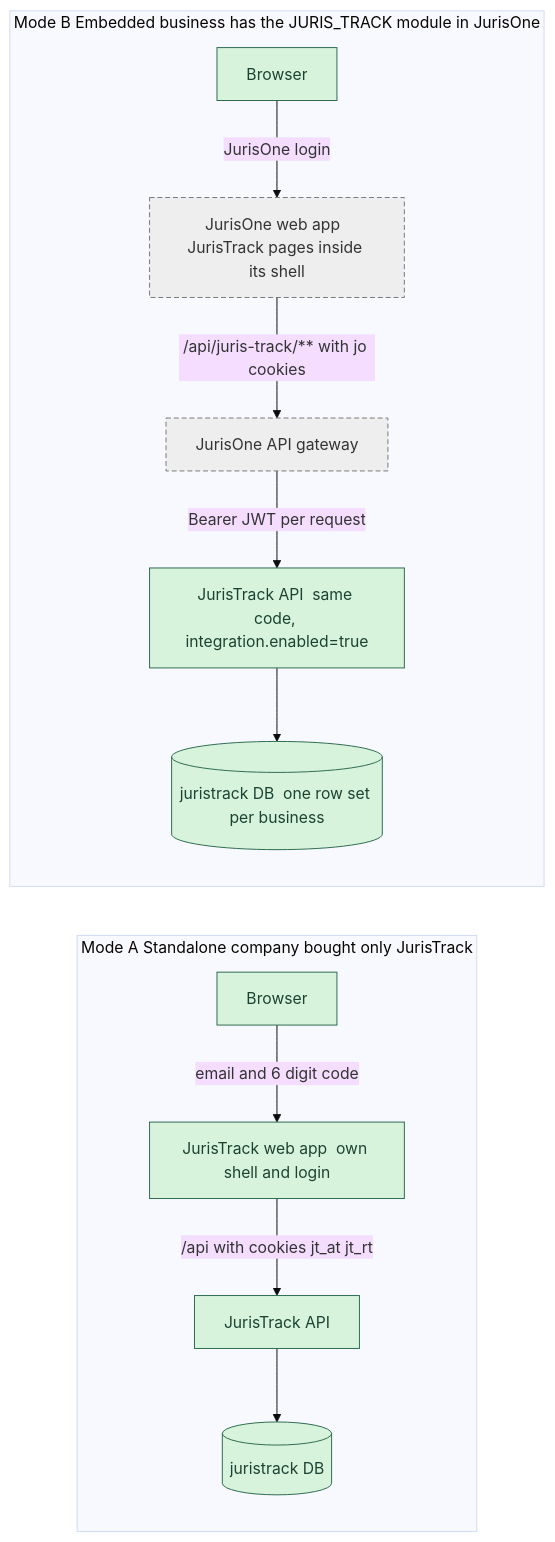
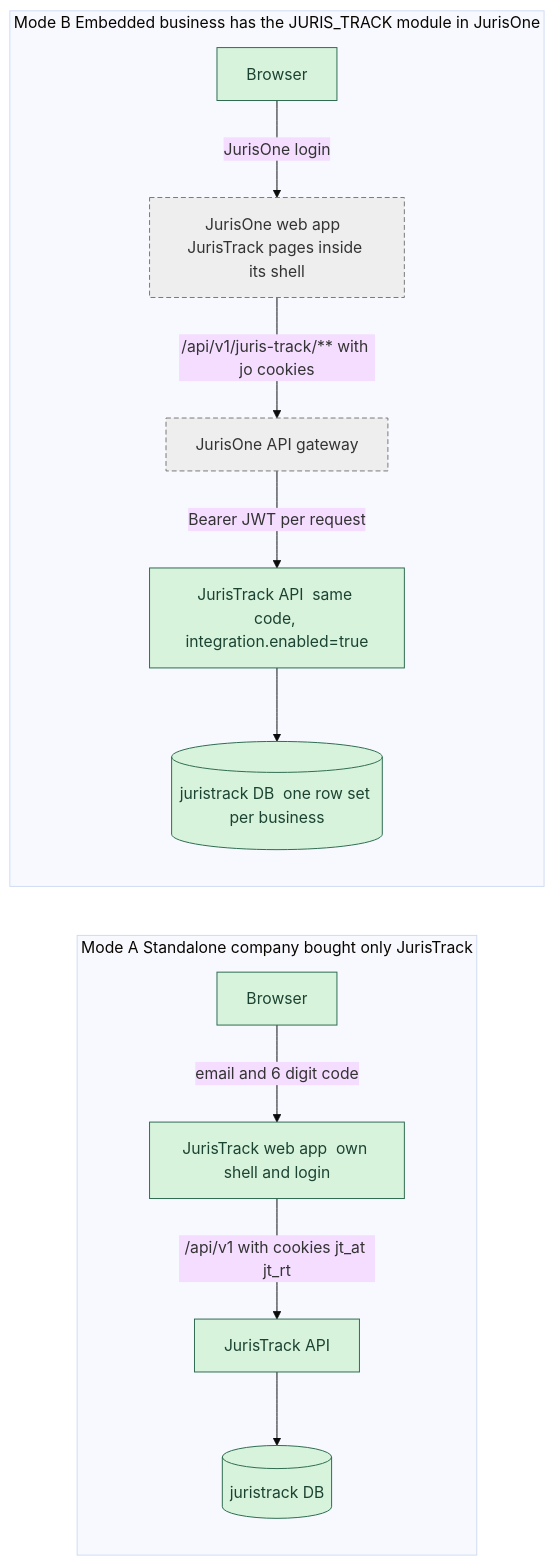
One commit to amitjurislpo/juris-track changed the third of 6 diagrams in references/FLOW-JurisTrack-JurisOne-Connection.md. Above: the diagram before and after it, drawn with Mermaid (base theme). The commit also changed other lines of this file and 100 other files, not shown here.

````diff
--- a/references/FLOW-JurisTrack-JurisOne-Connection.md
+++ b/references/FLOW-JurisTrack-JurisOne-Connection.md
@@ -113,30 +113,30 @@
 ```mermaid
 flowchart LR
     subgraph STAND["Mode A  Standalone  company bought only JurisTrack"]
         direction TB
         SB["Browser"]:::built
         SW["JurisTrack web app  own shell and login"]:::built
         SA["JurisTrack API"]:::built
         SD[("juristrack DB")]:::built
         SB -->|"email and 6 digit code"| SW
-        SW -->|"/api with cookies jt_at jt_rt"| SA
+        SW -->|"/api/v1 with cookies jt_at jt_rt"| SA
         SA --> SD
     end
 
     subgraph EMB["Mode B  Embedded  business has the JURIS_TRACK module in JurisOne"]
         direction TB
         EB["Browser"]:::built
         EW["JurisOne web app  JurisTrack pages inside its shell"]:::planned
         EG["JurisOne API  gateway"]:::planned
         EA["JurisTrack API  same code, integration.enabled=true"]:::built
         ED[("juristrack DB  one row set per business")]:::built
         EB -->|"JurisOne login"| EW
-        EW -->|"/api/juris-track/** with jo cookies"| EG
+        EW -->|"/api/v1/juris-track/** with jo cookies"| EG
         EG -->|"Bearer JWT per request"| EA
         EA --> ED
     end
 
     classDef built fill:#d8f3dc,stroke:#2d6a4f,color:#1b4332
     classDef specified fill:#fff3bf,stroke:#b08900,color:#5c4500
     classDef planned fill:#eeeeee,stroke:#777777,color:#333333,stroke-dasharray: 5 3
 ```
````
